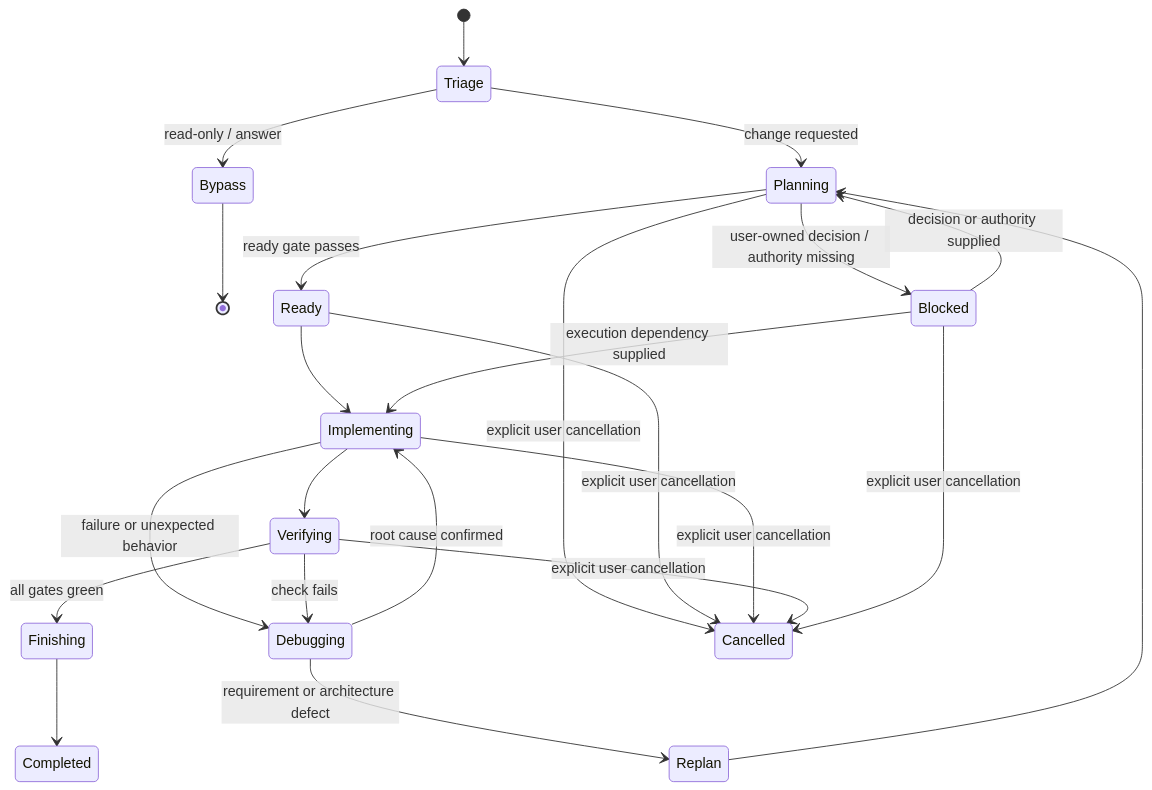
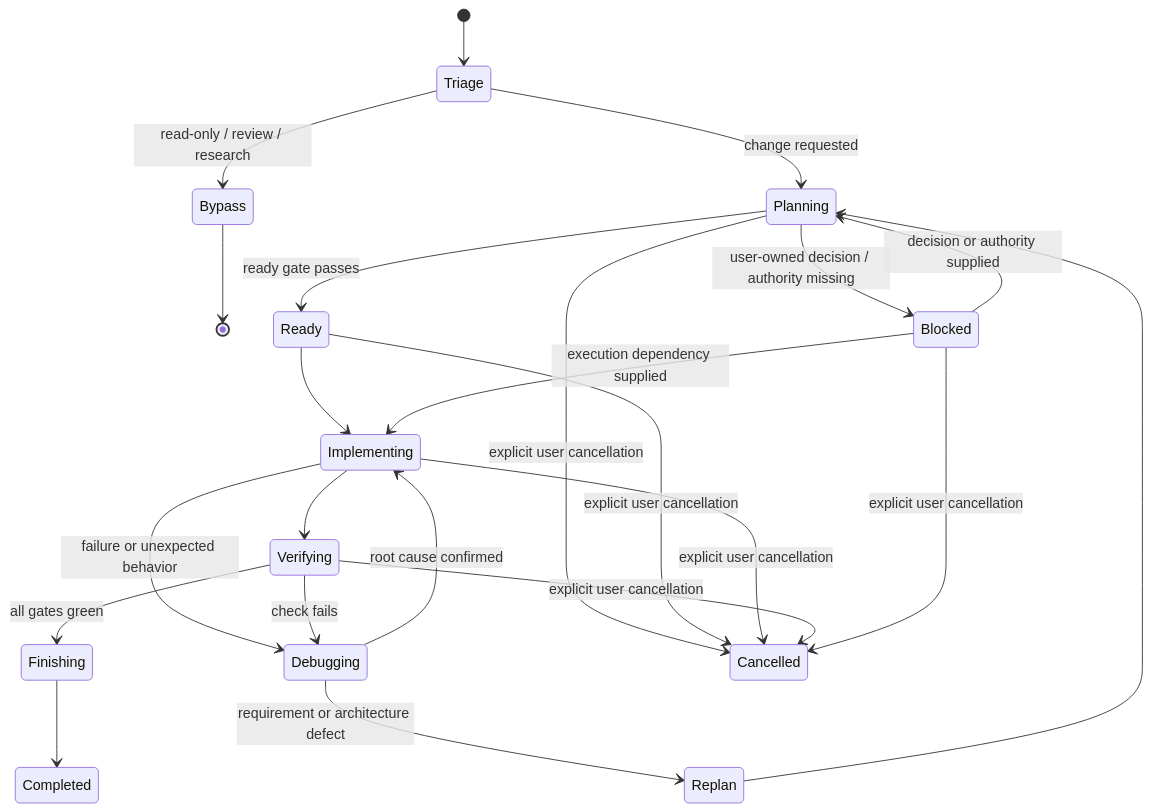
One commit to tamtiger/harnix changed the diagram in docs/HARNIX_WORKFLOW.md. Above: the diagram before and after it, drawn with Mermaid. The commit also changed other lines of this file and 36 other files, not shown here.

````diff
--- a/docs/HARNIX_WORKFLOW.md
+++ b/docs/HARNIX_WORKFLOW.md
@@ -60,25 +60,25 @@
 ```mermaid
 stateDiagram-v2
     [*] --> Triage
-    Triage --> Bypass: read-only / answer
+    Triage --> Bypass: read-only / review / research
     Triage --> Planning: change requested
     Bypass --> [*]
     Planning --> Ready: ready gate passes
     Planning --> Blocked: user-owned decision / authority missing
     Ready --> Implementing
     Implementing --> Verifying
     Implementing --> Debugging: failure or unexpected behavior
     Verifying --> Finishing: all gates green
     Verifying --> Debugging: check fails
     Debugging --> Implementing: root cause confirmed
     Debugging --> Replan: requirement or architecture defect
     Replan --> Planning
     Finishing --> Completed
     Planning --> Cancelled: explicit user cancellation
     Ready --> Cancelled: explicit user cancellation
     Implementing --> Cancelled: explicit user cancellation
     Verifying --> Cancelled: explicit user cancellation
     Blocked --> Cancelled: explicit user cancellation
     Blocked --> Planning: decision or authority supplied
     Blocked --> Implementing: execution dependency supplied
 ```
````
